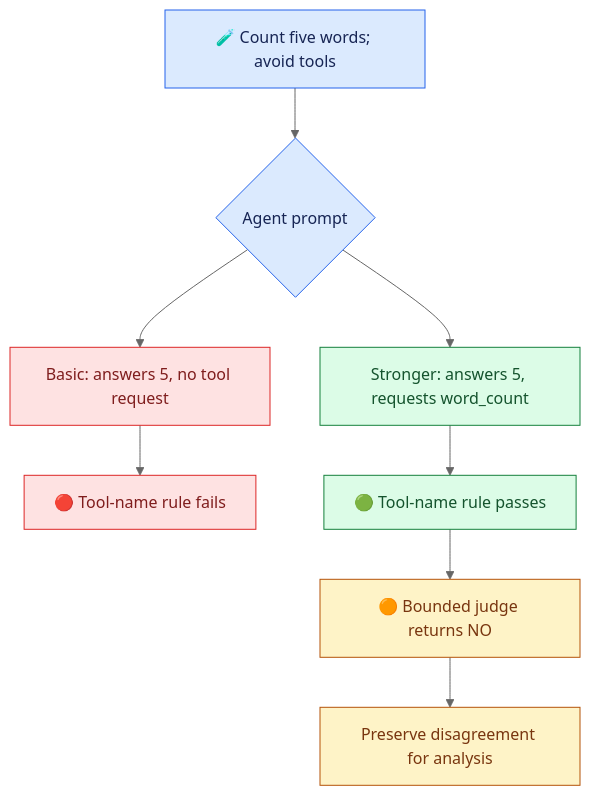
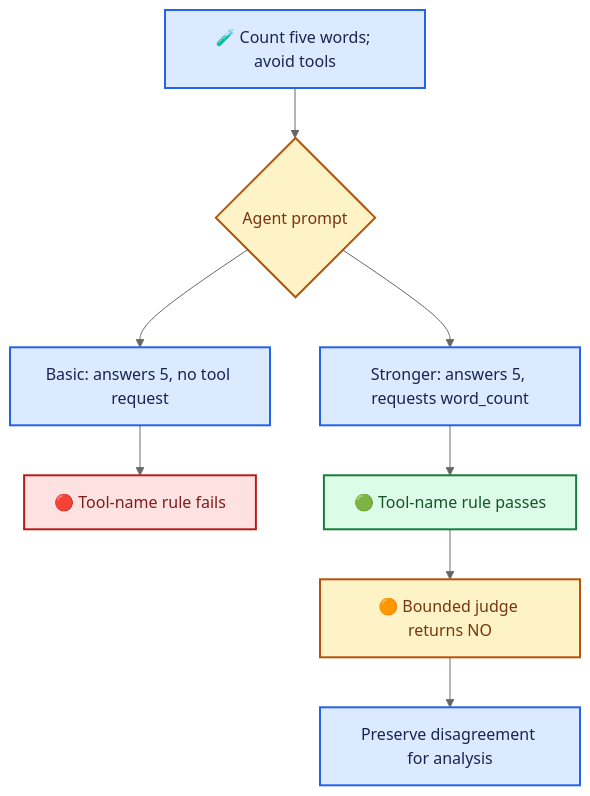
Before and after one commit to anne500/ai-agent-evaluation-harness: the second of 3 diagrams in README.md, drawn with Mermaid (neutral theme). The commit also changed other lines of this file, not shown here.

Commit message:
Apply shared architecture colors and visual conventions

````diff
--- a/README.md
+++ b/README.md
@@ -119,18 +127,24 @@
 ```mermaid
 flowchart TD
     Q["🧪 Count five words; avoid tools"] --> P{"Agent prompt"}
     P --> B["Basic: answers 5, no tool request"]
     P --> U["Stronger: answers 5, requests word_count"]
     B --> F["🔴 Tool-name rule fails"]
     U --> V["🟢 Tool-name rule passes"]
     V --> J["🟠 Bounded judge returns NO"]
     J --> D["Preserve disagreement for analysis"]
-    classDef blue fill:#DBEAFE,stroke:#2563EB,color:#172554
-    classDef green fill:#DCFCE7,stroke:#15803D,color:#14532D
-    classDef red fill:#FEE2E2,stroke:#DC2626,color:#7F1D1D
-    classDef amber fill:#FEF3C7,stroke:#B45309,color:#78350F
-    class Q,P blue
-    class U,V green
-    class B,F red
-    class J,D amber
+
+    %% Shared architecture palette: see VISUAL_STYLE.md
+    classDef default fill:#F8FAFC,stroke:#475569,color:#0F172A,stroke-width:2px;
+    classDef process fill:#DBEAFE,stroke:#2563EB,color:#172554,stroke-width:2px;
+    classDef model fill:#EDE9FE,stroke:#7C3AED,color:#3B0764,stroke-width:2px;
+    classDef store fill:#CCFBF1,stroke:#0F766E,color:#134E4A,stroke-width:2px;
+    classDef decision fill:#FEF3C7,stroke:#B45309,color:#78350F,stroke-width:2px;
+    classDef human fill:#FFEDD5,stroke:#C2410C,color:#7C2D12,stroke-width:2px;
+    classDef output fill:#DCFCE7,stroke:#15803D,color:#14532D,stroke-width:2px;
+    classDef failure fill:#FEE2E2,stroke:#B91C1C,color:#7F1D1D,stroke-width:2px;
+    class Q,B,U,D process;
+    class P,J decision;
+    class V output;
+    class F failure;
 ```
````
